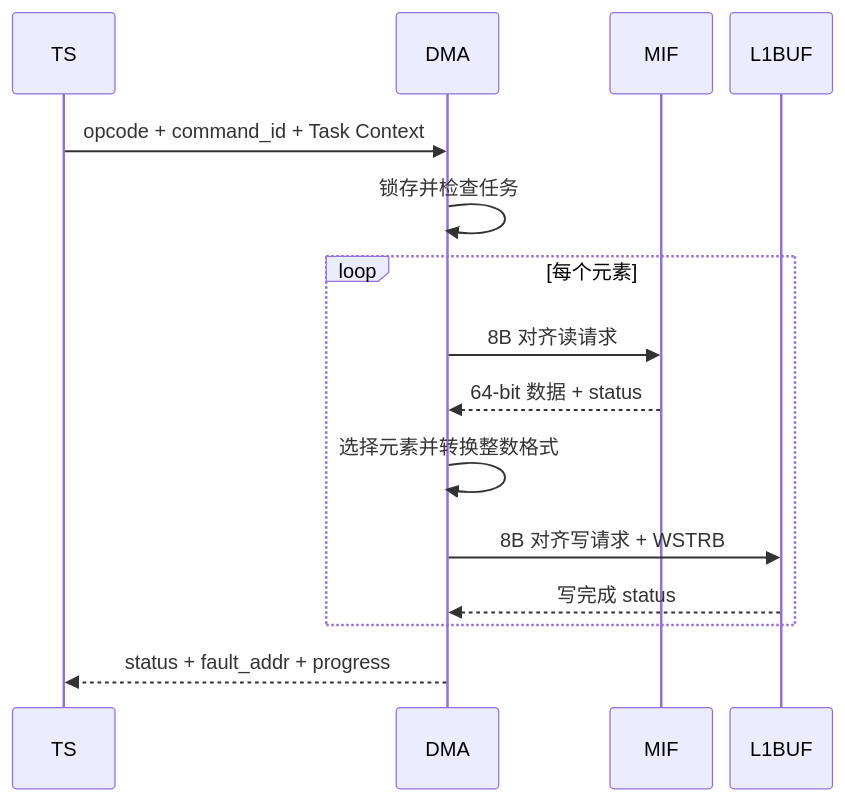
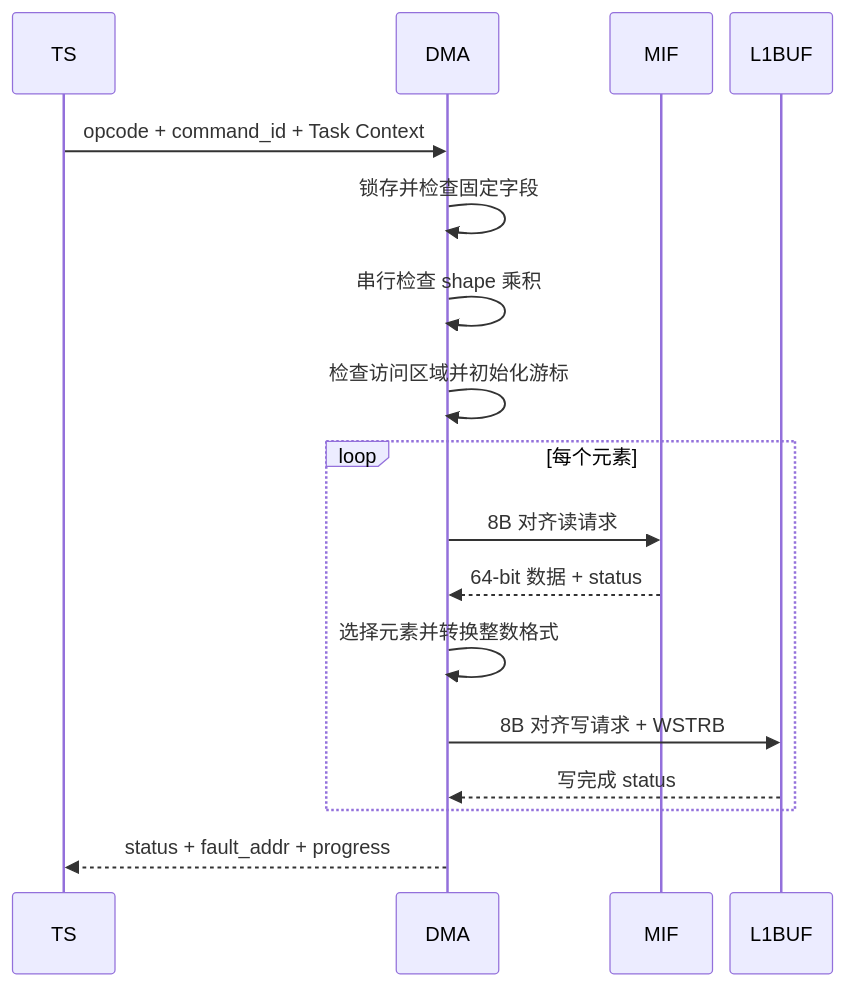
The seventh of 19 diagrams in NPU/NPU 指令与硬件架构设计 Spec.md (Little-W/Obsidian), drawn with Mermaid before and after one commit. The commit also changed other lines of this file and 90 other files, not shown here.

````diff
--- a/NPU/NPU 指令与硬件架构设计 Spec.md
+++ b/NPU/NPU 指令与硬件架构设计 Spec.md
@@ -2096,19 +2151,21 @@
 ```mermaid
 %%{init: {"sequence": {"useMaxWidth": true, "actorMargin": 14, "width": 82, "messageMargin": 10, "noteMargin": 6}, "themeVariables": {"fontSize": "11px"}}}%%
 sequenceDiagram
     participant TS
     participant DMA
     participant MIF
     participant L1 as L1BUF
 
     TS->>DMA: opcode + command_id + Task Context
-    DMA->>DMA: 锁存并检查任务
+    DMA->>DMA: 锁存并检查固定字段
+    DMA->>DMA: 串行检查 shape 乘积
+    DMA->>DMA: 检查访问区域并初始化游标
     loop 每个元素
         DMA->>MIF: 8B 对齐读请求
         MIF-->>DMA: 64-bit 数据 + status
         DMA->>DMA: 选择元素并转换整数格式
         DMA->>L1: 8B 对齐写请求 + WSTRB
         L1-->>DMA: 写完成 status
     end
     DMA-->>TS: status + fault_addr + progress
 ```
````
